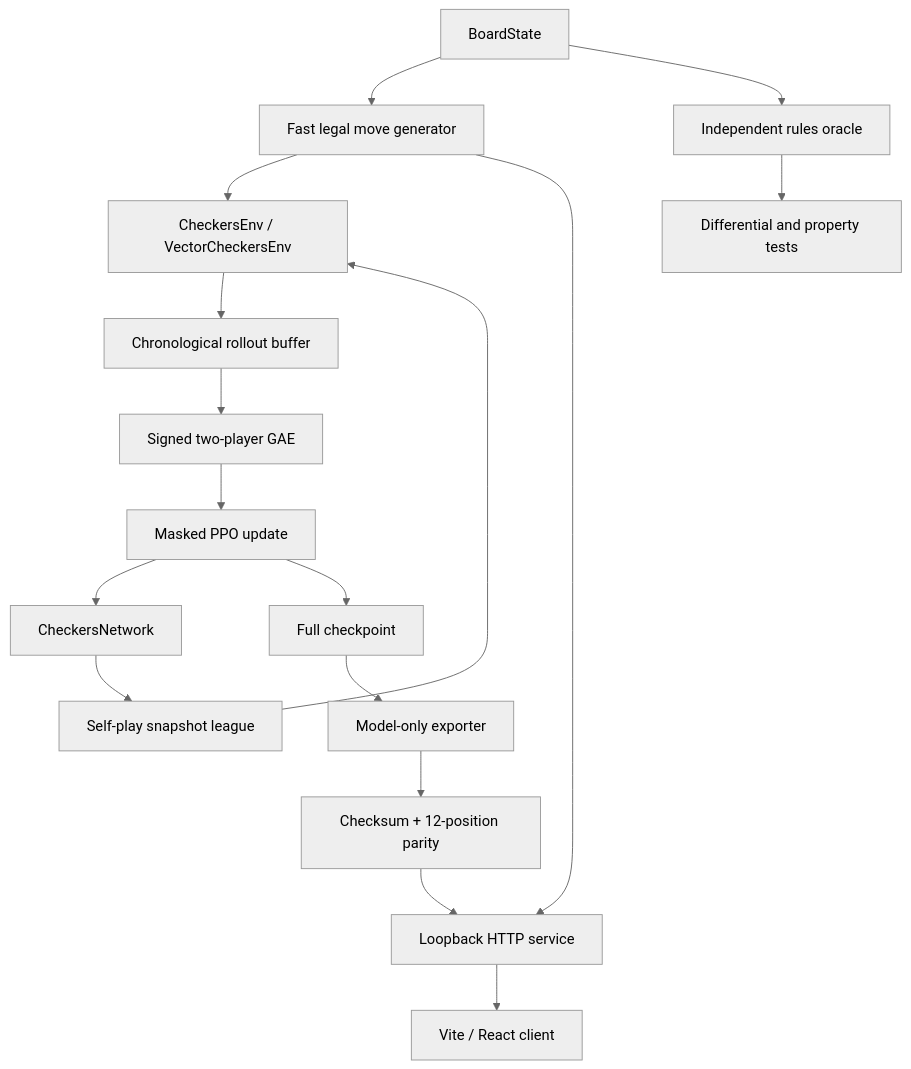
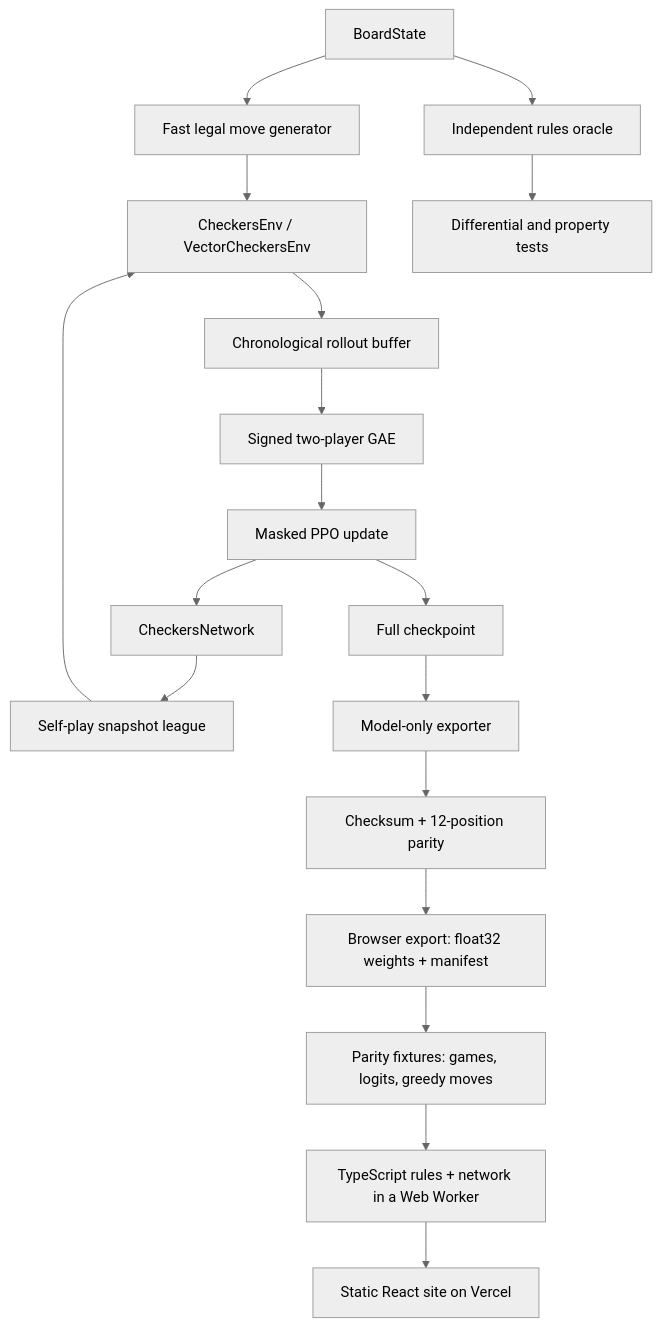
The diagram in docs/architecture.md (goldbar123467/PPO-Checkers), drawn with Mermaid (neutral theme) before and after one commit. The commit also changed other lines of this file and 97 other files, not shown here.

First line of the commit message:
Ship PPO Checkers as a static Vercel site with in-browser inference

````diff
--- a/docs/architecture.md
+++ b/docs/architecture.md
@@ -7,19 +7,20 @@
 ```mermaid
 flowchart TD
     B[BoardState] --> M[Fast legal move generator]
     B --> O[Independent rules oracle]
     M --> E[CheckersEnv / VectorCheckersEnv]
     O --> T[Differential and property tests]
     E --> R[Chronological rollout buffer]
     R --> G[Signed two-player GAE]
     G --> U[Masked PPO update]
     U --> N[CheckersNetwork]
     N --> L[Self-play snapshot league]
     L --> E
     U --> C[Full checkpoint]
     C --> X[Model-only exporter]
     X --> Q[Checksum + 12-position parity]
-    Q --> S[Loopback HTTP service]
-    M --> S
-    S --> V[Vite / React client]
+    Q --> W[Browser export: float32 weights + manifest]
+    W --> P[Parity fixtures: games, logits, greedy moves]
+    P --> V[TypeScript rules + network in a Web Worker]
+    V --> Z[Static React site on Vercel]
 ```
````
